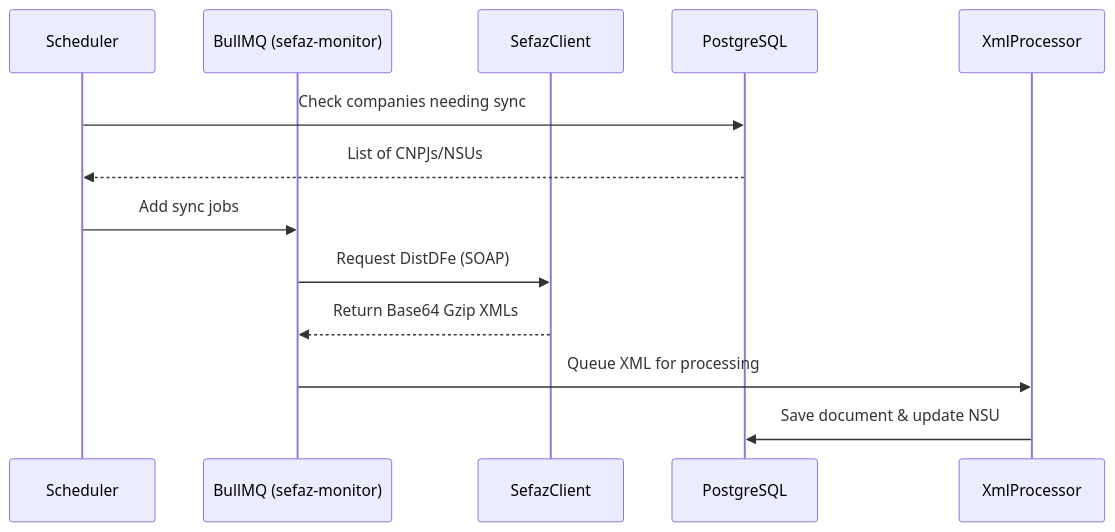
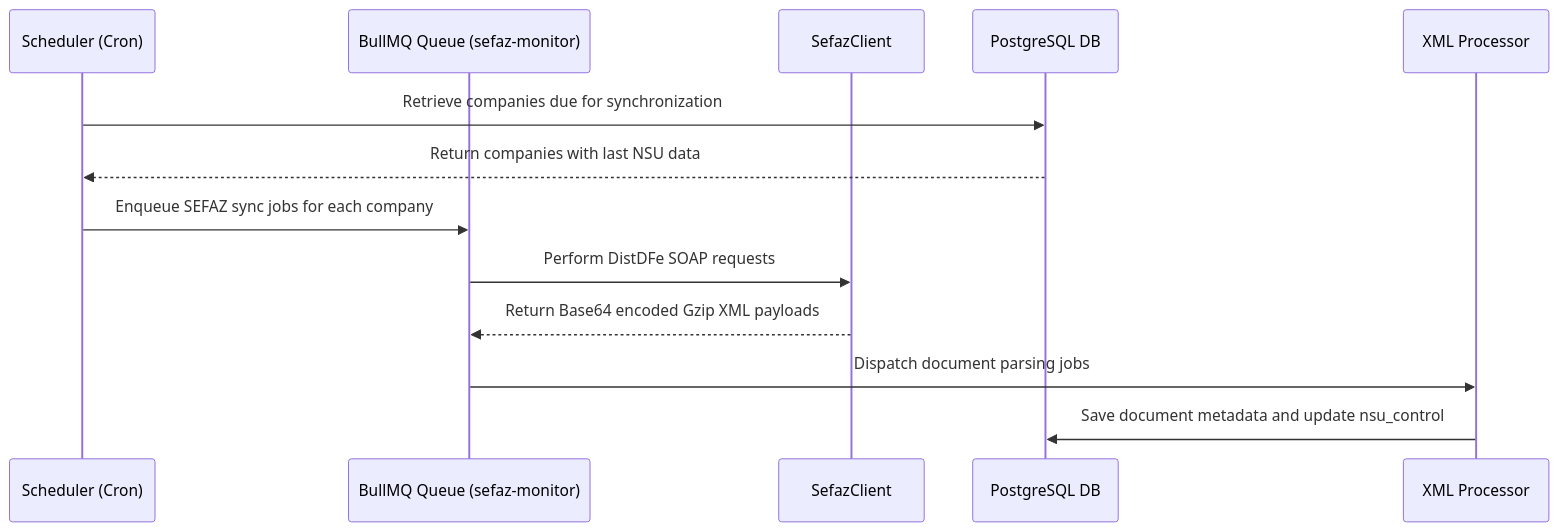
Before and after one commit to lailtonjunior/fiscalzen-project: the diagram in .context/docs/architecture.md, drawn with Mermaid. The commit also changed other lines of this file and 205 other files, not shown here.

````diff
--- a/.context/docs/architecture.md
+++ b/.context/docs/architecture.md
@@ -64,16 +67,16 @@
 ```mermaid
 sequenceDiagram
-    participant S as Scheduler
-    participant Q as BullMQ (sefaz-monitor)
-    participant W as SefazClient
-    participant DB as PostgreSQL
-    participant P as XmlProcessor
+    participant Scheduler as Scheduler (Cron)
+    participant Queue as BullMQ Queue (sefaz-monitor)
+    participant Client as SefazClient
+    participant DB as PostgreSQL DB
+    participant Processor as XML Processor
 
-    S->>DB: Check companies needing sync
-    DB-->>S: List of CNPJs/NSUs
-    S->>Q: Add sync jobs
-    Q->>W: Request DistDFe (SOAP)
-    W-->>Q: Return Base64 Gzip XMLs
-    Q->>P: Queue XML for processing
-    P->>DB: Save document & update NSU
+    Scheduler->>DB: Retrieve companies due for synchronization
+    DB-->>Scheduler: Return companies with last NSU data
+    Scheduler->>Queue: Enqueue SEFAZ sync jobs for each company
+    Queue->>Client: Perform DistDFe SOAP requests
+    Client-->>Queue: Return Base64 encoded Gzip XML payloads
+    Queue->>Processor: Dispatch document parsing jobs
+    Processor->>DB: Save document metadata and update nsu_control
 ```
````
